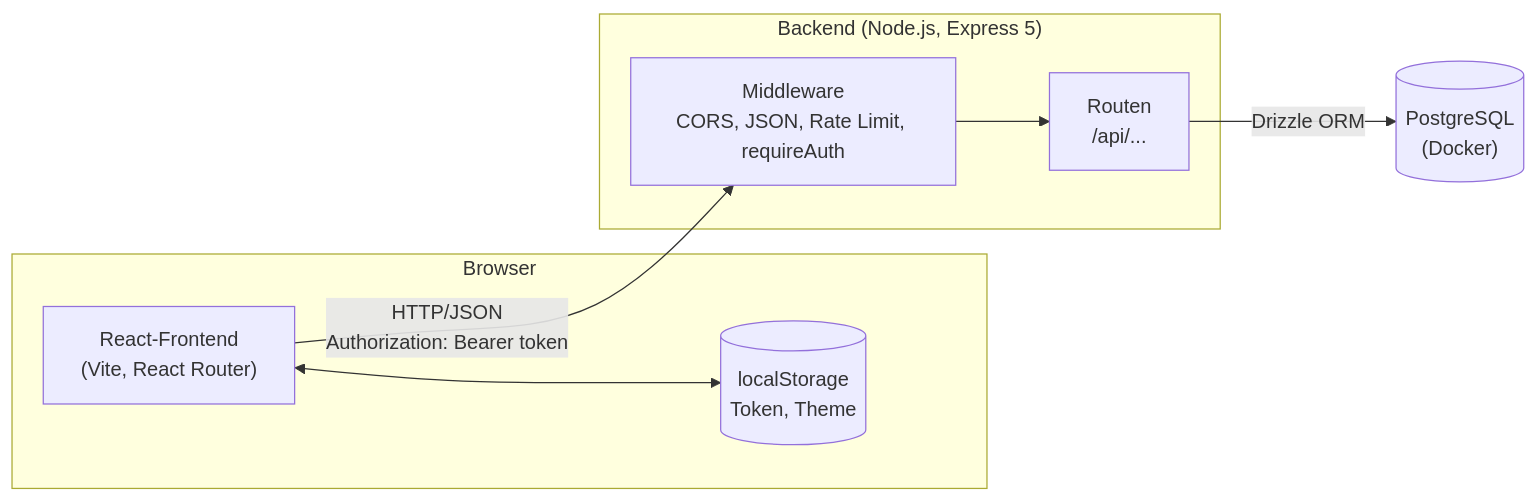
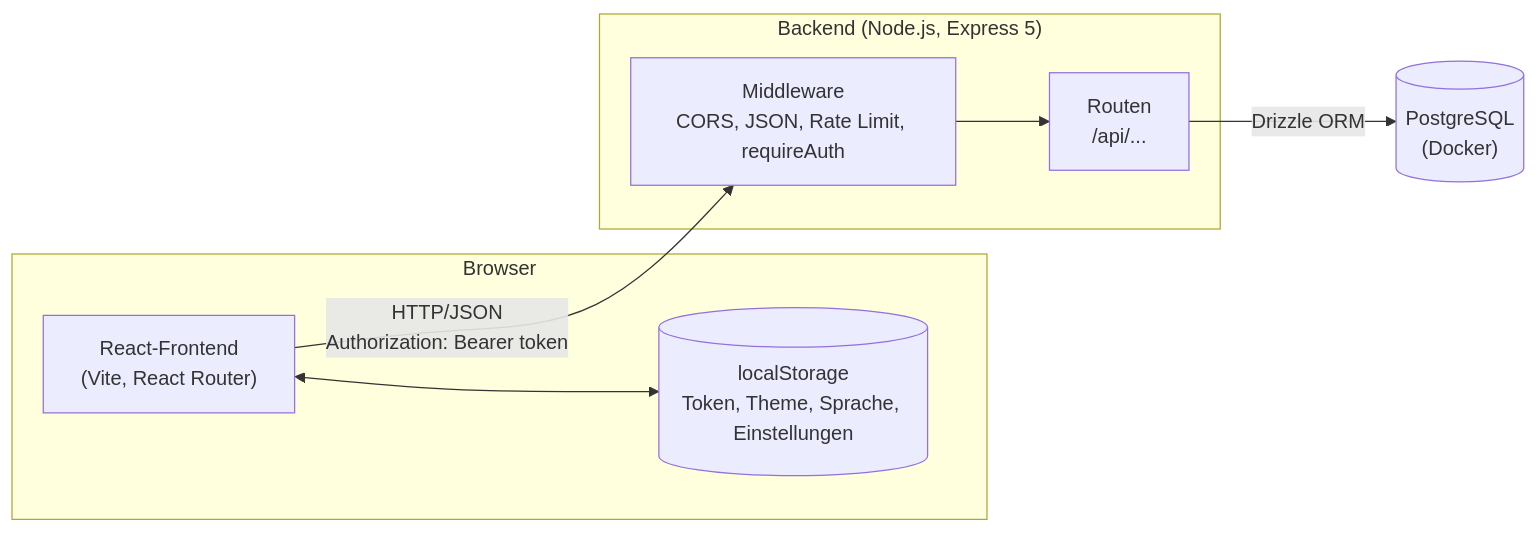
One commit to PhilipWie/flashcards-app changed the diagram in docs/technical_docu/README.md. Above: the diagram before and after it, drawn with Mermaid. The commit also changed other lines of this file and 40 other files, not shown here.

````diff
--- a/docs/technical_docu/README.md
+++ b/docs/technical_docu/README.md
@@ -19,19 +20,19 @@
 ```mermaid
 flowchart LR
     subgraph Browser
         UI["React-Frontend<br/>(Vite, React Router)"]
-        LS[("localStorage<br/>Token, Theme")]
+        LS[("localStorage<br/>Token, Theme, Sprache, Einstellungen")]
     end
 
     subgraph Server["Backend (Node.js, Express 5)"]
         MW["Middleware<br/>CORS, JSON, Rate Limit, requireAuth"]
         R["Routen<br/>/api/..."]
     end
 
     DB[("PostgreSQL<br/>(Docker)")]
 
     UI -- "HTTP/JSON<br/>Authorization: Bearer token" --> MW
     MW --> R
     R -- "Drizzle ORM" --> DB
     UI <--> LS
 ```
````
